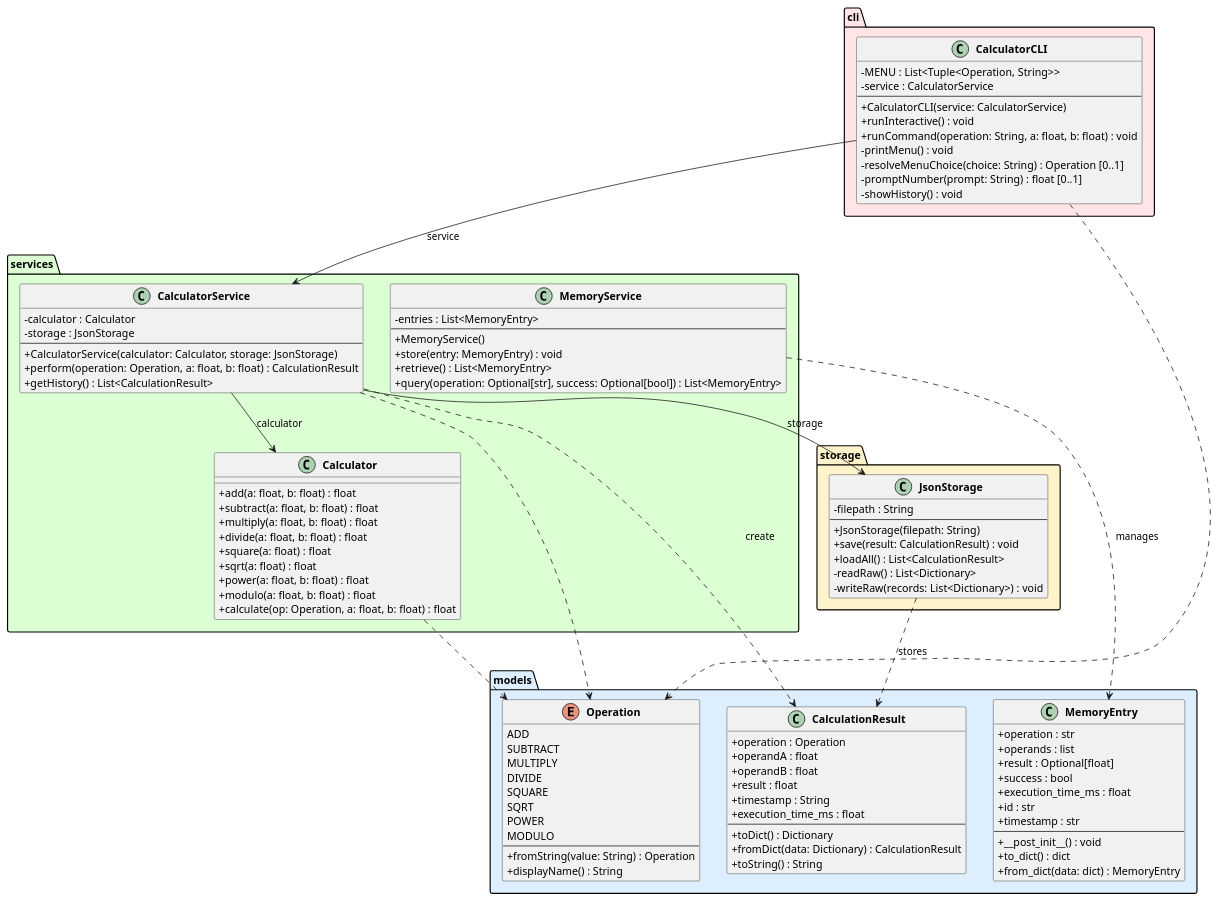
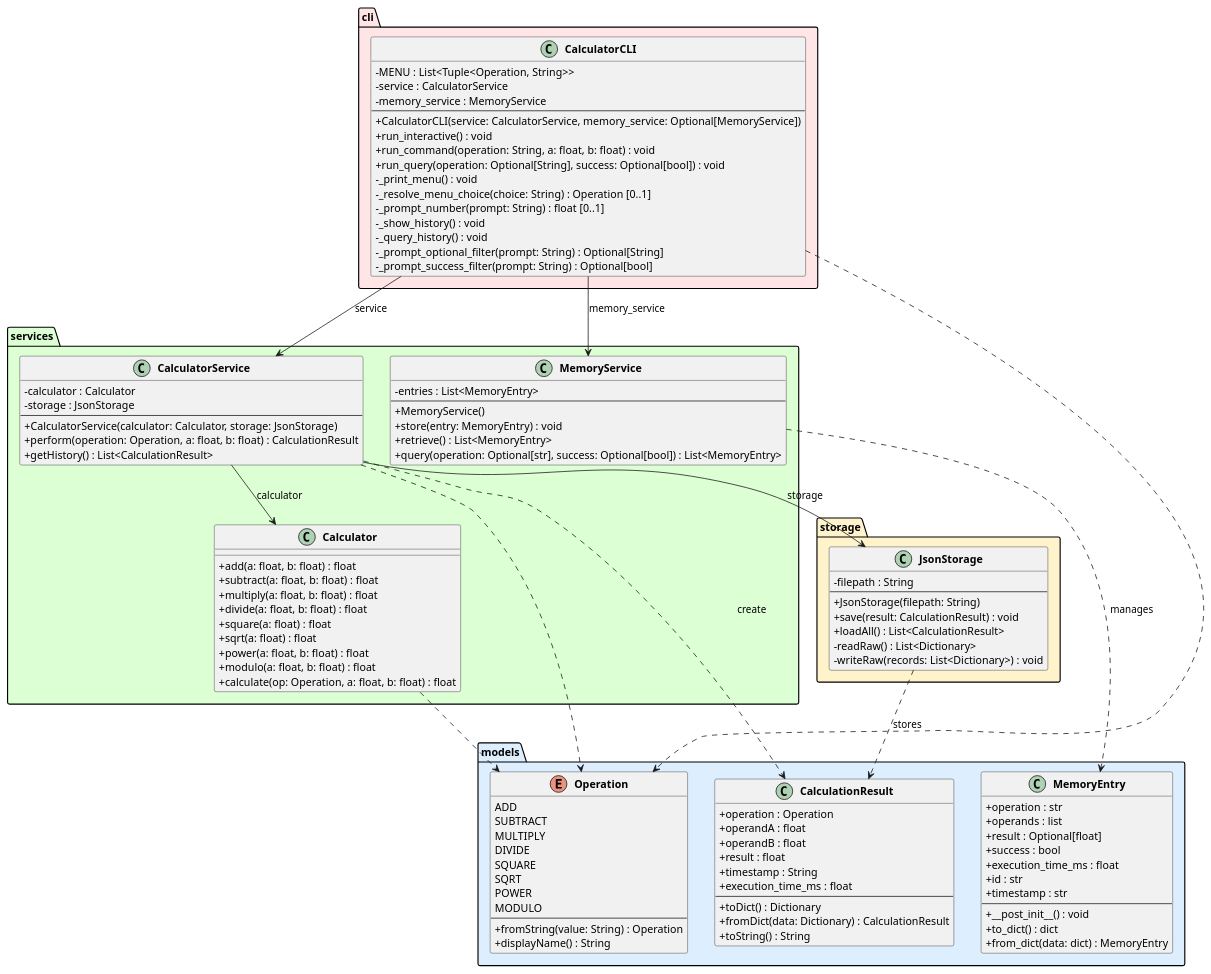
Before and after one commit to DanielRiha8906/Software_autoevolution_using_agents: the diagram in experiments/supervisor_as_tools/test_driven/calculator/artifacts/class_diagram.puml, drawn with PlantUML. The commit also changed 4 other files, not shown here.

Commit message:
task 05: update UML diagrams to reflect MemoryService.query() method and CLI integration

```diff
--- a/experiments/supervisor_as_tools/test_driven/calculator/artifacts/class_diagram.puml
+++ b/experiments/supervisor_as_tools/test_driven/calculator/artifacts/class_diagram.puml
@@ -1,119 +1,125 @@
 @startuml class_diagram
 
 skinparam classAttributeIconSize 0
 skinparam classFontStyle bold
 
 package "models" #DDEEFF {
     enum Operation {
         ADD
         SUBTRACT
         MULTIPLY
         DIVIDE
         SQUARE
         SQRT
         POWER
         MODULO
         --
         +fromString(value: String) : Operation
         +displayName() : String
     }
 
     class CalculationResult {
         +operation : Operation
         +operandA : float
         +operandB : float
         +result : float
         +timestamp : String
         +execution_time_ms : float
         --
         +toDict() : Dictionary
         +fromDict(data: Dictionary) : CalculationResult
         +toString() : String
     }
 
     class MemoryEntry {
         +operation : str
         +operands : list
         +result : Optional[float]
         +success : bool
         +execution_time_ms : float
         +id : str
         +timestamp : str
         --
         +__post_init__() : void
         +to_dict() : dict
         +from_dict(data: dict) : MemoryEntry
     }
 }
 
 package "services" #DDFFD4 {
     class Calculator {
         +add(a: float, b: float) : float
         +subtract(a: float, b: float) : float
         +multiply(a: float, b: float) : float
         +divide(a: float, b: float) : float
         +square(a: float) : float
         +sqrt(a: float) : float
         +power(a: float, b: float) : float
         +modulo(a: float, b: float) : float
         +calculate(op: Operation, a: float, b: float) : float
     }
 
     class CalculatorService {
         -calculator : Calculator
         -storage : JsonStorage
         --
         +CalculatorService(calculator: Calculator, storage: JsonStorage)
         +perform(operation: Operation, a: float, b: float) : CalculationResult
         +getHistory() : List<CalculationResult>
     }
 
     class MemoryService {
         -entries : List<MemoryEntry>
         --
         +MemoryService()
         +store(entry: MemoryEntry) : void
         +retrieve() : List<MemoryEntry>
         +query(operation: Optional[str], success: Optional[bool]) : List<MemoryEntry>
     }
 }
 
 package "storage" #FFF3CC {
     class JsonStorage {
         -filepath : String
         --
         +JsonStorage(filepath: String)
         +save(result: CalculationResult) : void
         +loadAll() : List<CalculationResult>
         -readRaw() : List<Dictionary>
         -writeRaw(records: List<Dictionary>) : void
     }
 }
 
 package "cli" #FFE5E5 {
     class CalculatorCLI {
         -MENU : List<Tuple<Operation, String>>
         -service : CalculatorService
+        -memory_service : MemoryService
         --
-        +CalculatorCLI(service: CalculatorService)
-        +runInteractive() : void
-        +runCommand(operation: String, a: float, b: float) : void
-        -printMenu() : void
-        -resolveMenuChoice(choice: String) : Operation [0..1]
-        -promptNumber(prompt: String) : float [0..1]
-        -showHistory() : void
+        +CalculatorCLI(service: CalculatorService, memory_service: Optional[MemoryService])
+        +run_interactive() : void
+        +run_command(operation: String, a: float, b: float) : void
+        +run_query(operation: Optional[String], success: Optional[bool]) : void
+        -_print_menu() : void
+        -_resolve_menu_choice(choice: String) : Operation [0..1]
+        -_prompt_number(prompt: String) : float [0..1]
+        -_show_history() : void
+        -_query_history() : void
+        -_prompt_optional_filter(prompt: String) : Optional[String]
+        -_prompt_success_filter(prompt: String) : Optional[bool]
     }
 }
 
 CalculatorCLI --> CalculatorService : service
+CalculatorCLI --> MemoryService : memory_service
 CalculatorService --> Calculator : calculator
 CalculatorService --> JsonStorage : storage
 
 CalculatorService ..> CalculationResult : create
 CalculatorService ..> Operation
 CalculatorCLI ..> Operation
 Calculator ..> Operation
 JsonStorage ..> CalculationResult : stores
 MemoryService ..> MemoryEntry : manages
 
 @enduml
```
